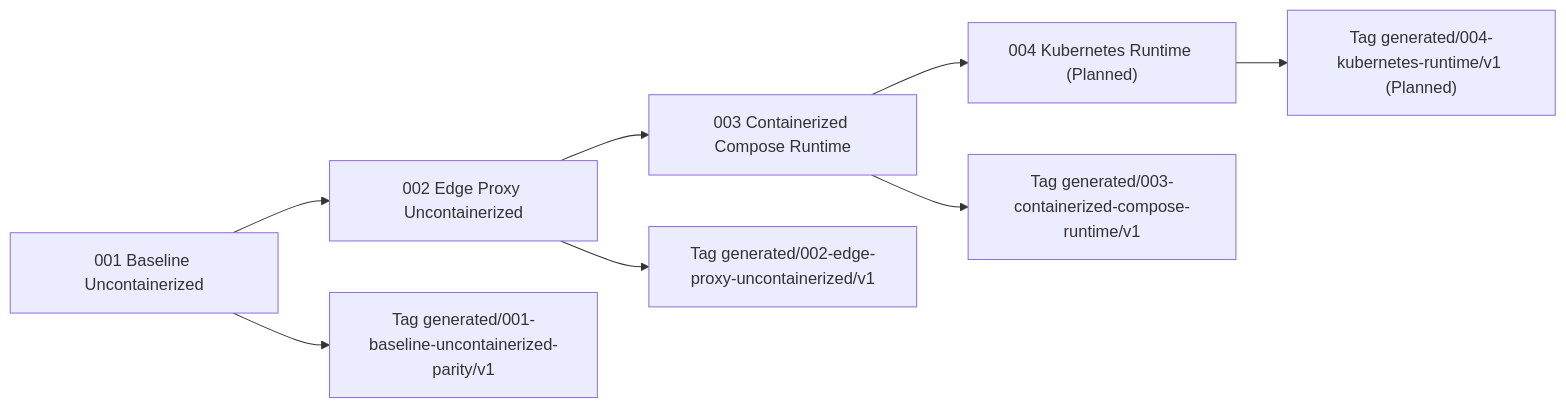
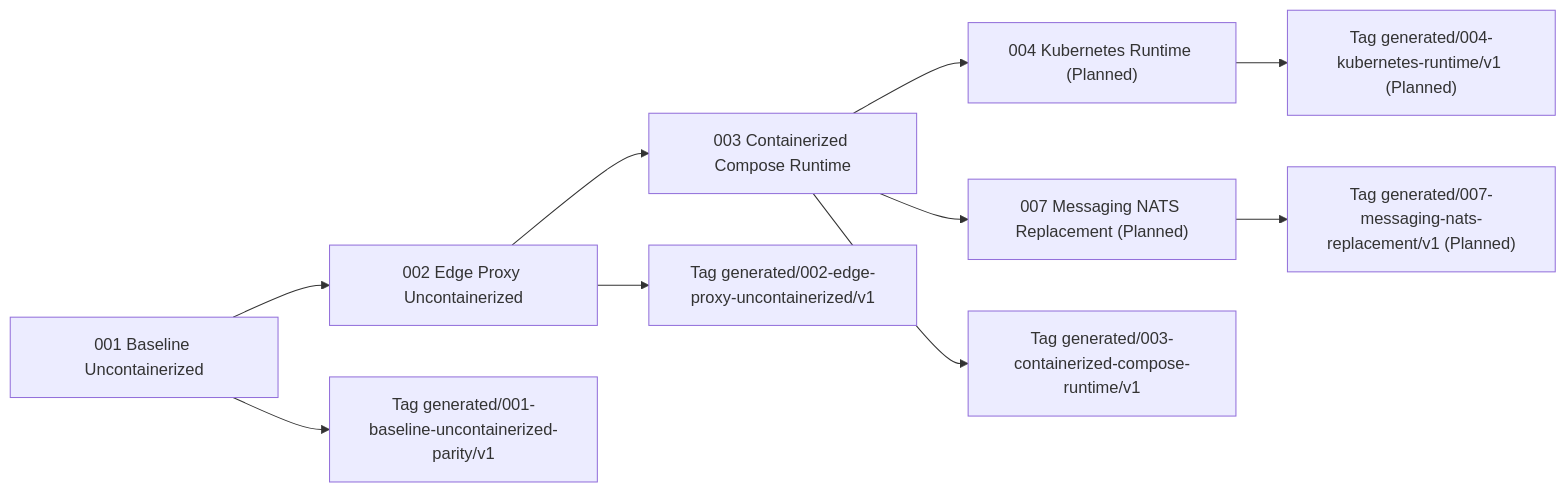
The second of 2 diagrams in docs/spec-kit/state-transition-generation-plan.md (finos/traderX), drawn with Mermaid before and after one commit. The commit also changed 60 other files, not shown here.

````diff
--- a/docs/spec-kit/state-transition-generation-plan.md
+++ b/docs/spec-kit/state-transition-generation-plan.md
@@ -79,11 +79,13 @@
 ```mermaid
 flowchart LR
   A["001 Baseline Uncontainerized"] --> B["002 Edge Proxy Uncontainerized"]
   B --> C["003 Containerized Compose Runtime"]
   C --> D["004 Kubernetes Runtime (Planned)"]
+  C --> E["007 Messaging NATS Replacement (Planned)"]
 
   A --> TA["Tag generated/001-baseline-uncontainerized-parity/v1"]
   B --> TB["Tag generated/002-edge-proxy-uncontainerized/v1"]
   C --> TC["Tag generated/003-containerized-compose-runtime/v1"]
   D --> TD["Tag generated/004-kubernetes-runtime/v1 (Planned)"]
+  E --> TE["Tag generated/007-messaging-nats-replacement/v1 (Planned)"]
 ```
````
